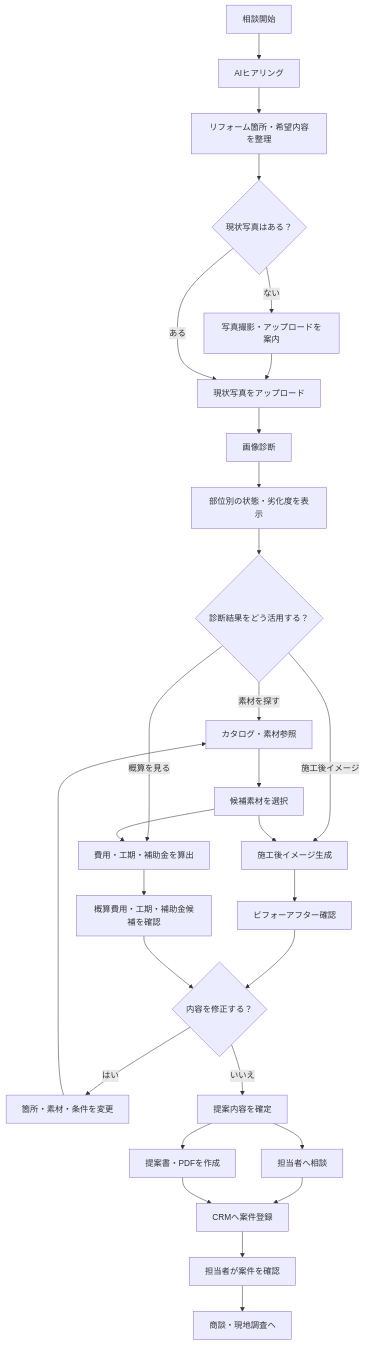
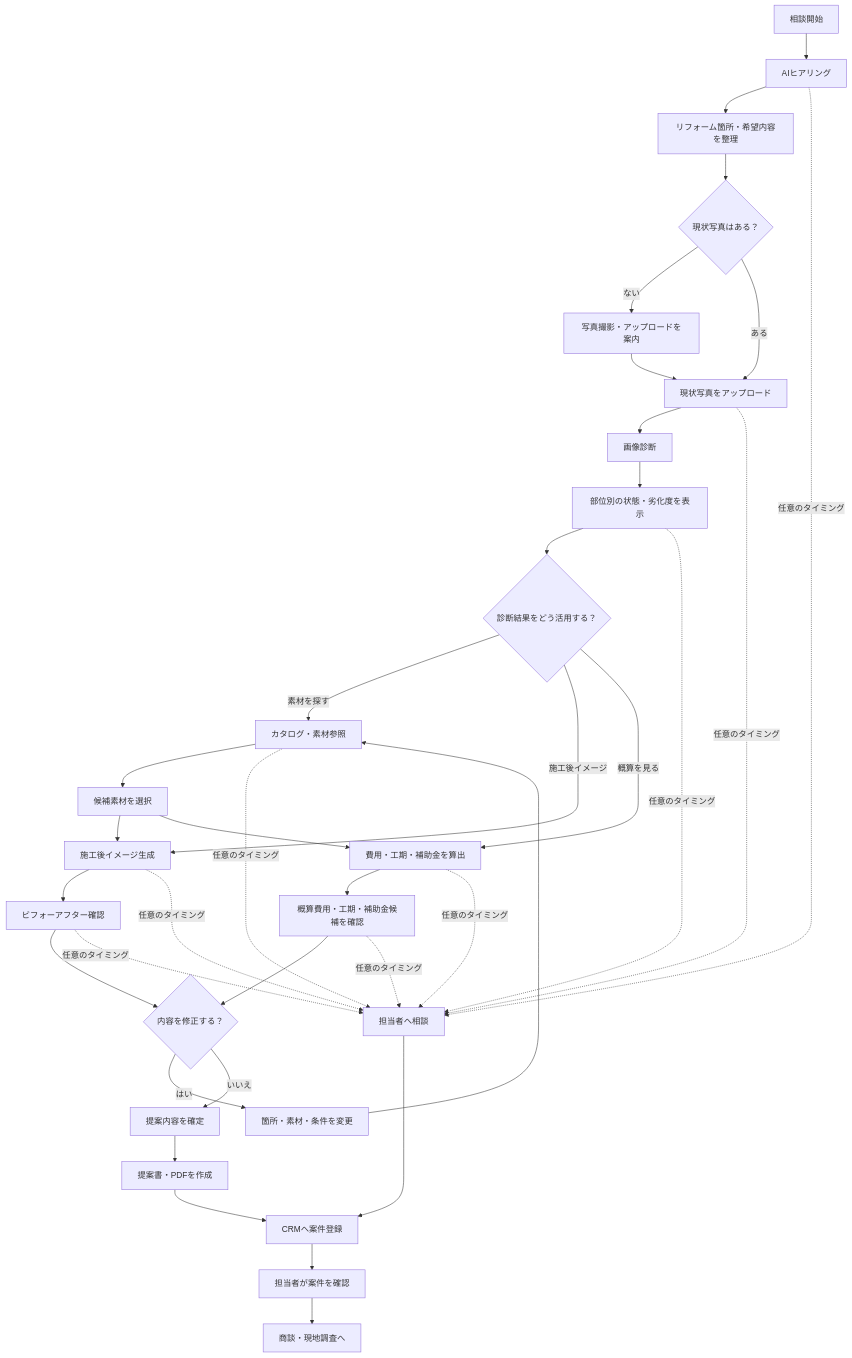
The diagram in docs/workflows/overall-workflow.md (DaisukeShirai/RENO), drawn with Mermaid before and after one commit. The commit also changed other lines of this file and 2 other files, not shown here.

````diff
--- a/docs/workflows/overall-workflow.md
+++ b/docs/workflows/overall-workflow.md
@@ -9,40 +9,47 @@
 ```mermaid
 flowchart TD
     A[相談開始] --> B[AIヒアリング]
     B --> C[リフォーム箇所・希望内容を整理]
     C --> D{現状写真はある？}
 
     D -- ない --> E[写真撮影・アップロードを案内]
     E --> F[現状写真をアップロード]
     D -- ある --> F
 
     F --> G[画像診断]
     G --> H[部位別の状態・劣化度を表示]
 
     H --> I{診断結果をどう活用する？}
     I -- 素材を探す --> J[カタログ・素材参照]
     I -- 施工後イメージ --> K[施工後イメージ生成]
     I -- 概算を見る --> L[費用・工期・補助金を算出]
 
     J --> M[候補素材を選択]
     M --> K
     M --> L
 
     K --> N[ビフォーアフター確認]
     L --> O[概算費用・工期・補助金候補を確認]
 
     N --> P{内容を修正する？}
     O --> P
 
     P -- はい --> Q[箇所・素材・条件を変更]
     Q --> J
     P -- いいえ --> R[提案内容を確定]
 
     R --> S[提案書・PDFを作成]
-    R --> T[担当者へ相談]
-
-    T --> U[CRMへ案件登録]
-    S --> U
+    S --> U[CRMへ案件登録]
     U --> V[担当者が案件を確認]
     V --> W[商談・現地調査へ]
+
+    B -. 任意のタイミング .-> T[担当者へ相談]
+    F -. 任意のタイミング .-> T
+    H -. 任意のタイミング .-> T
+    J -. 任意のタイミング .-> T
+    K -. 任意のタイミング .-> T
+    L -. 任意のタイミング .-> T
+    N -. 任意のタイミング .-> T
+    O -. 任意のタイミング .-> T
+    T --> U
 ```
````
